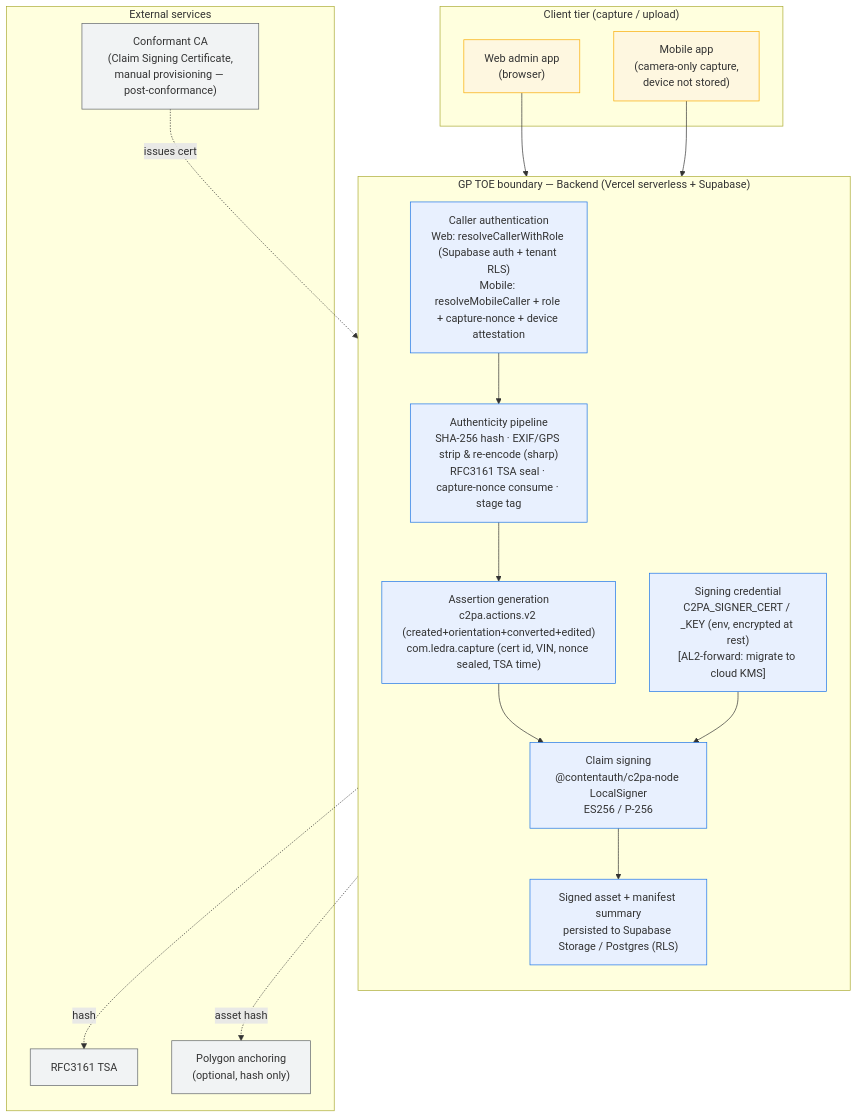
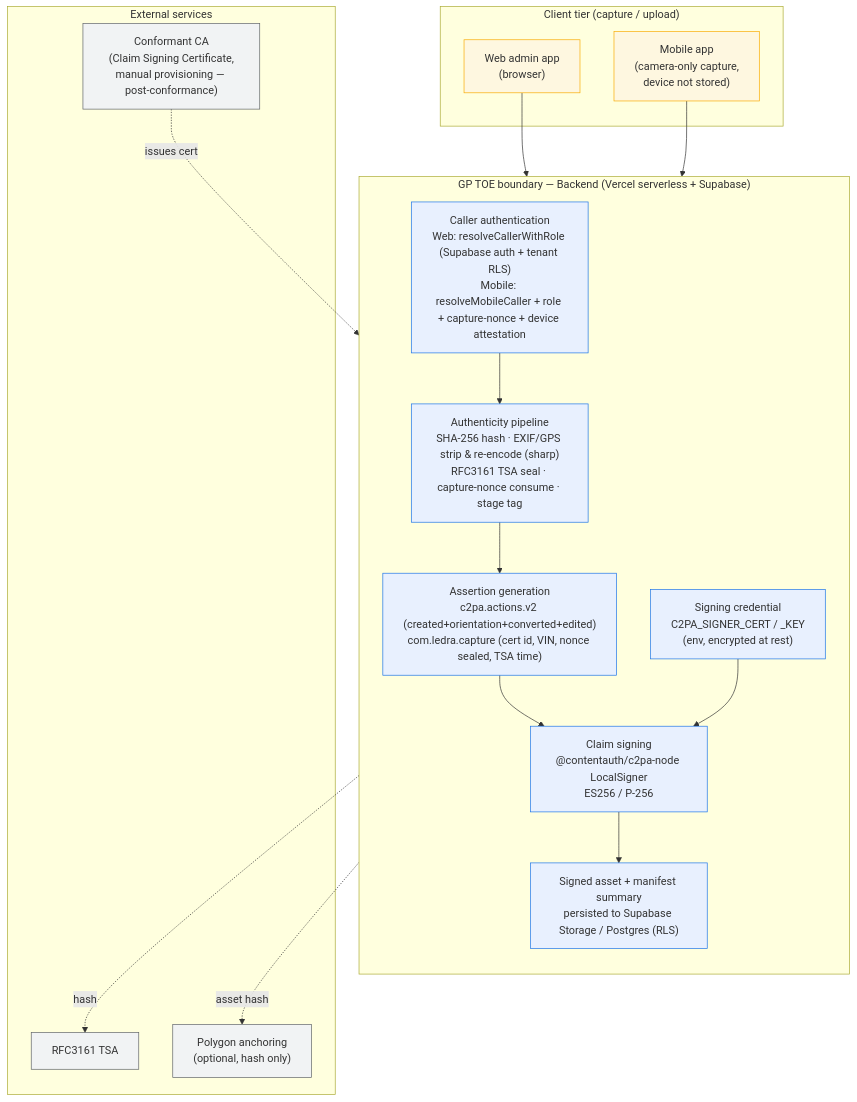
The diagram in docs/diagrams/c2pa-gp-toe.mmd (holy-auto/Ledra), drawn with Mermaid before and after one commit. The commit also changed 3 other files, not shown here.

```diff
--- a/docs/diagrams/c2pa-gp-toe.mmd
+++ b/docs/diagrams/c2pa-gp-toe.mmd
@@ -1,38 +1,38 @@
 %% Ledra Generator Product — Target of Evaluation (TOE), Backend class, Assurance Level 1
 %% TOE boundary: from asset capture/upload through claim signing to persistence of the signed asset.
 flowchart TB
     subgraph CLIENT["Client tier (capture / upload)"]
         WEB["Web admin app<br/>(browser)"]
         MOB["Mobile app<br/>(camera-only capture,<br/>device not stored)"]
     end
 
     subgraph TOE["GP TOE boundary — Backend (Vercel serverless + Supabase)"]
         direction TB
         AUTH["Caller authentication<br/>Web: resolveCallerWithRole (Supabase auth + tenant RLS)<br/>Mobile: resolveMobileCaller + role + capture-nonce + device attestation"]
         PIPE["Authenticity pipeline<br/>SHA-256 hash · EXIF/GPS strip &amp; re-encode (sharp)<br/>RFC3161 TSA seal · capture-nonce consume · stage tag"]
         ASSERT["Assertion generation<br/>c2pa.actions.v2 (created+orientation+converted+edited)<br/>com.ledra.capture (cert id, VIN, nonce sealed, TSA time)"]
         SIGN["Claim signing<br/>@contentauth/c2pa-node LocalSigner<br/>ES256 / P-256"]
-        KEY["Signing credential<br/>C2PA_SIGNER_CERT / _KEY (env, encrypted at rest)<br/>[AL2-forward: migrate to cloud KMS]"]
+        KEY["Signing credential<br/>C2PA_SIGNER_CERT / _KEY<br/>(env, encrypted at rest)"]
         STORE["Signed asset + manifest summary<br/>persisted to Supabase Storage / Postgres (RLS)"]
     end
 
     subgraph EXT["External services"]
         CA["Conformant CA<br/>(Claim Signing Certificate,<br/>manual provisioning — post-conformance)"]
         TSA["RFC3161 TSA"]
         CHAIN["Polygon anchoring<br/>(optional, hash only)"]
     end
 
     WEB --> AUTH
     MOB --> AUTH
     AUTH --> PIPE --> ASSERT --> SIGN --> STORE
     KEY --> SIGN
     CA -. issues cert .-> KEY
     PIPE -. hash .-> TSA
     STORE -. asset hash .-> CHAIN
 
     classDef toe fill:#e8f0fe,stroke:#1a73e8,stroke-width:1px;
     classDef ext fill:#f1f3f4,stroke:#5f6368,stroke-width:1px;
     classDef cli fill:#fef7e0,stroke:#f9ab00,stroke-width:1px;
     class AUTH,PIPE,ASSERT,SIGN,KEY,STORE toe;
     class CA,TSA,CHAIN ext;
     class WEB,MOB cli;
```
